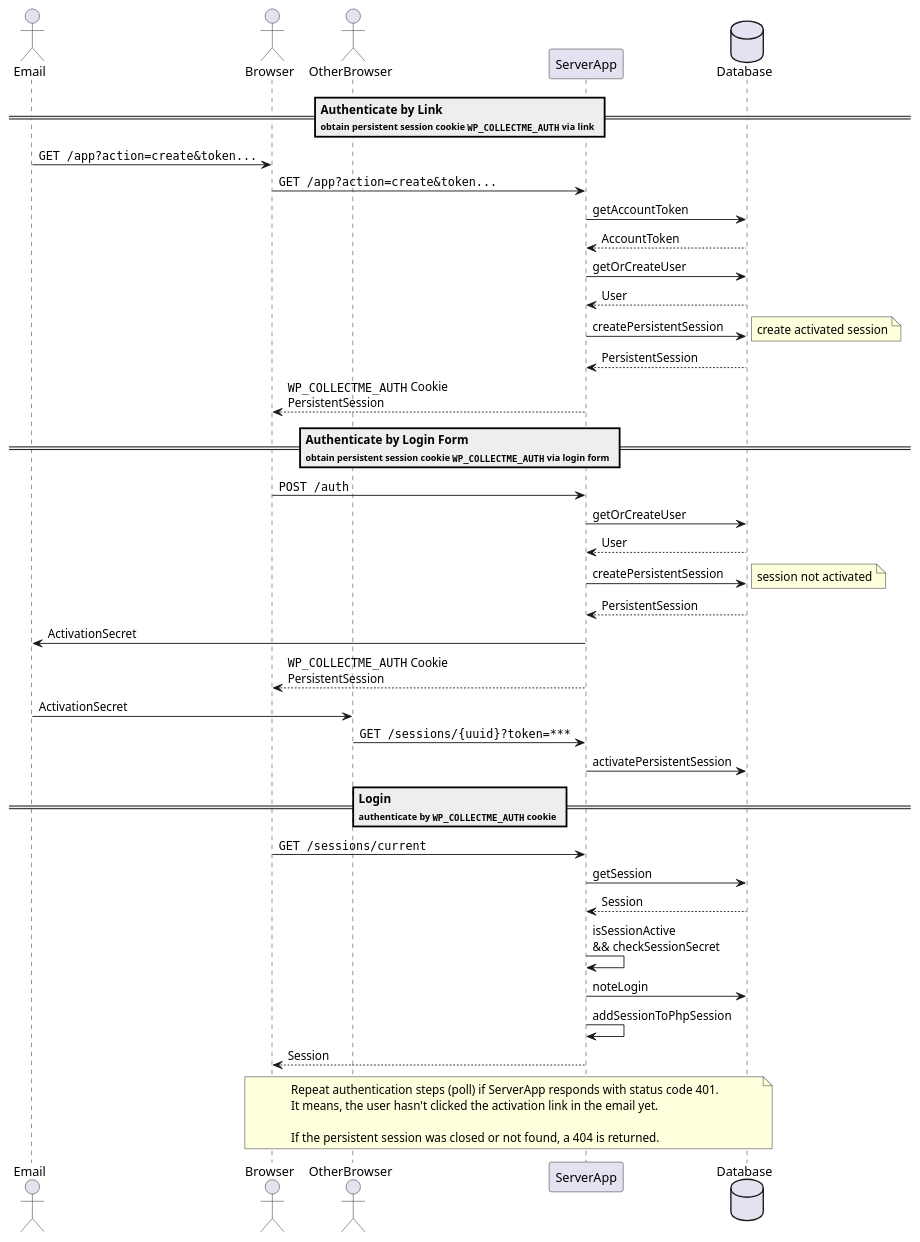
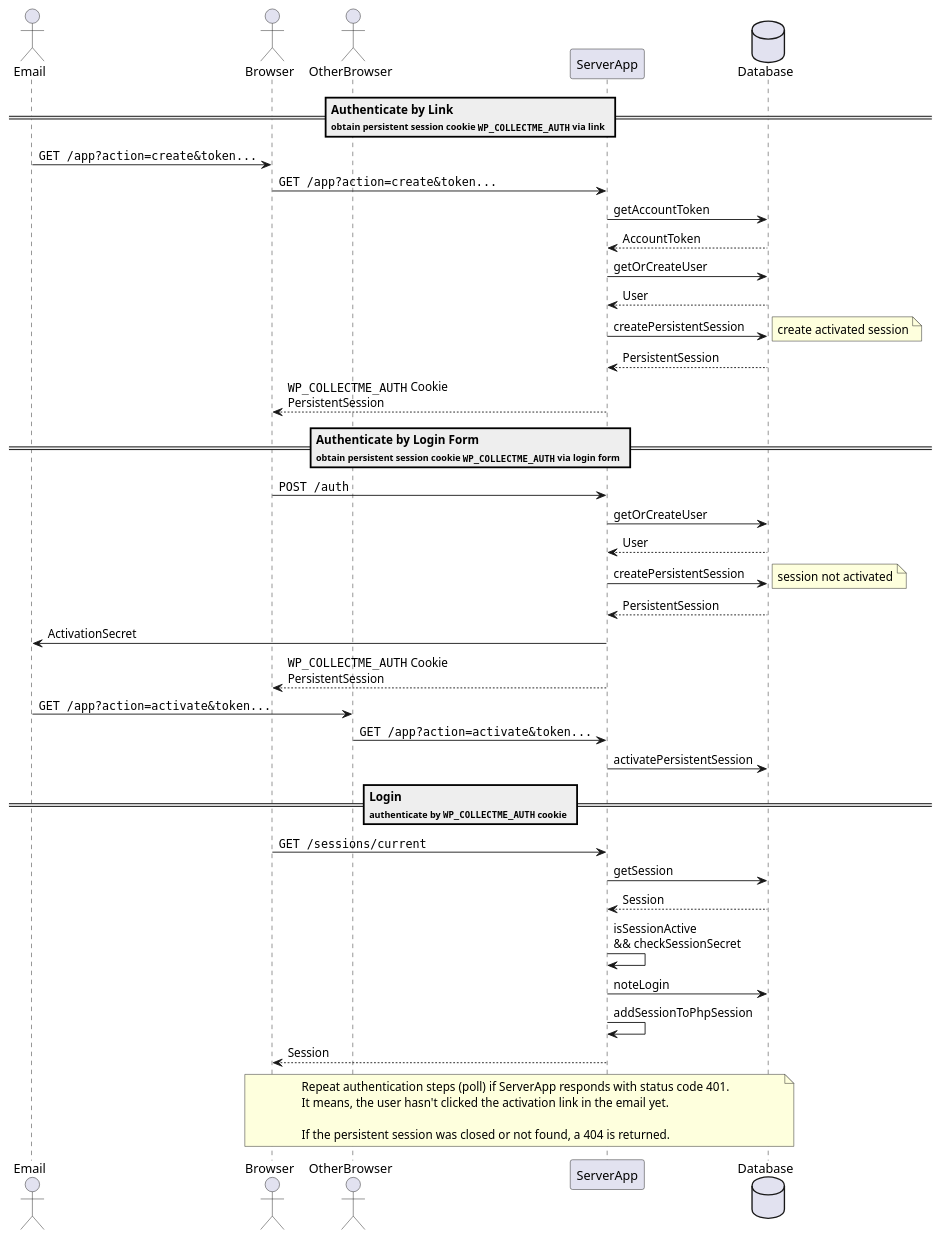
One commit to grueneschweiz/collectme changed the diagram in docs/uml/login-flow.puml. Above: the diagram before and after it, drawn with PlantUML.

Commit message:
[DOCS] update login flow

```diff
--- a/docs/uml/login-flow.puml
+++ b/docs/uml/login-flow.puml
@@ -1,49 +1,49 @@
 @startuml
 Actor Email
 Actor Browser
 Actor OtherBrowser
 Participant ServerApp
 Database Database
 
 
 == Authenticate by Link\n<size:10>obtain persistent session cookie ""WP_COLLECTME_AUTH"" via link</size> ==
 Email -> Browser : ""GET /app?action=create&token...""
 Browser -> ServerApp : ""GET /app?action=create&token...""
 ServerApp -> Database : getAccountToken
 Database --> ServerApp : AccountToken
 ServerApp -> Database  : getOrCreateUser
 Database --> ServerApp : User
 ServerApp -> Database  : createPersistentSession
 note right: create activated session
 Database --> ServerApp : PersistentSession
 ServerApp --> Browser  : ""WP_COLLECTME_AUTH"" Cookie\nPersistentSession
 
 == Authenticate by Login Form\n<size:10>obtain persistent session cookie ""WP_COLLECTME_AUTH"" via login form</size> ==
 Browser -> ServerApp   : ""POST /auth""
 ServerApp -> Database  : getOrCreateUser
 Database --> ServerApp : User
 ServerApp -> Database  : createPersistentSession
 note right: session not activated
 Database --> ServerApp : PersistentSession
 ServerApp -> Email     : ActivationSecret
 ServerApp --> Browser  : ""WP_COLLECTME_AUTH"" Cookie\nPersistentSession
-Email -> OtherBrowser  : ActivationSecret
-OtherBrowser -> ServerApp: ""GET /sessions/{uuid}?token=***""
+Email -> OtherBrowser  : ""GET /app?action=activate&token...""
+OtherBrowser -> ServerApp: ""GET /app?action=activate&token...""
 ServerApp -> Database  : activatePersistentSession
 
 == Login\n<size:10>authenticate by ""WP_COLLECTME_AUTH"" cookie</size> ==
 Browser -> ServerApp : ""GET /sessions/current""
 ServerApp -> Database : getSession
 Database --> ServerApp : Session
 ServerApp -> ServerApp : isSessionActive\n&& checkSessionSecret
 ServerApp -> Database : noteLogin
 ServerApp -> ServerApp : addSessionToPhpSession
 ServerApp --> Browser : Session
 
 note over Browser, Database
 Repeat authentication steps (poll) if ServerApp responds with status code 401.
 It means, the user hasn't clicked the activation link in the email yet.
 
 If the persistent session was closed or not found, a 404 is returned.
 end note
 @enduml
```
